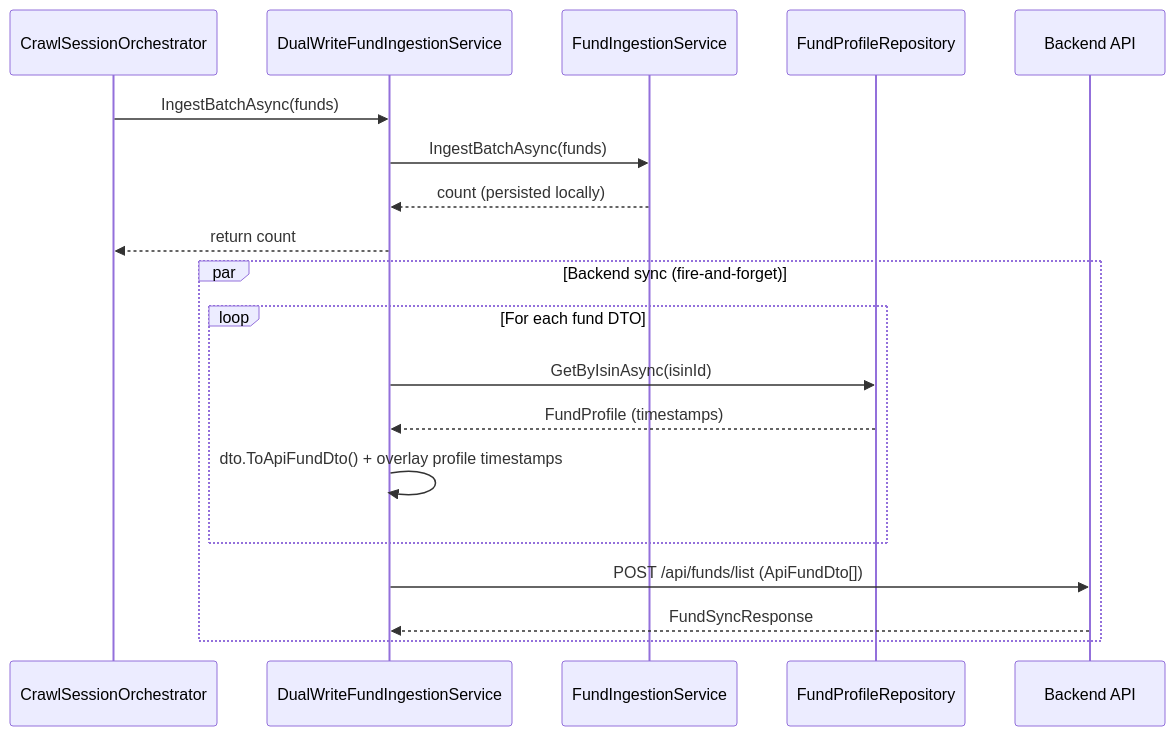
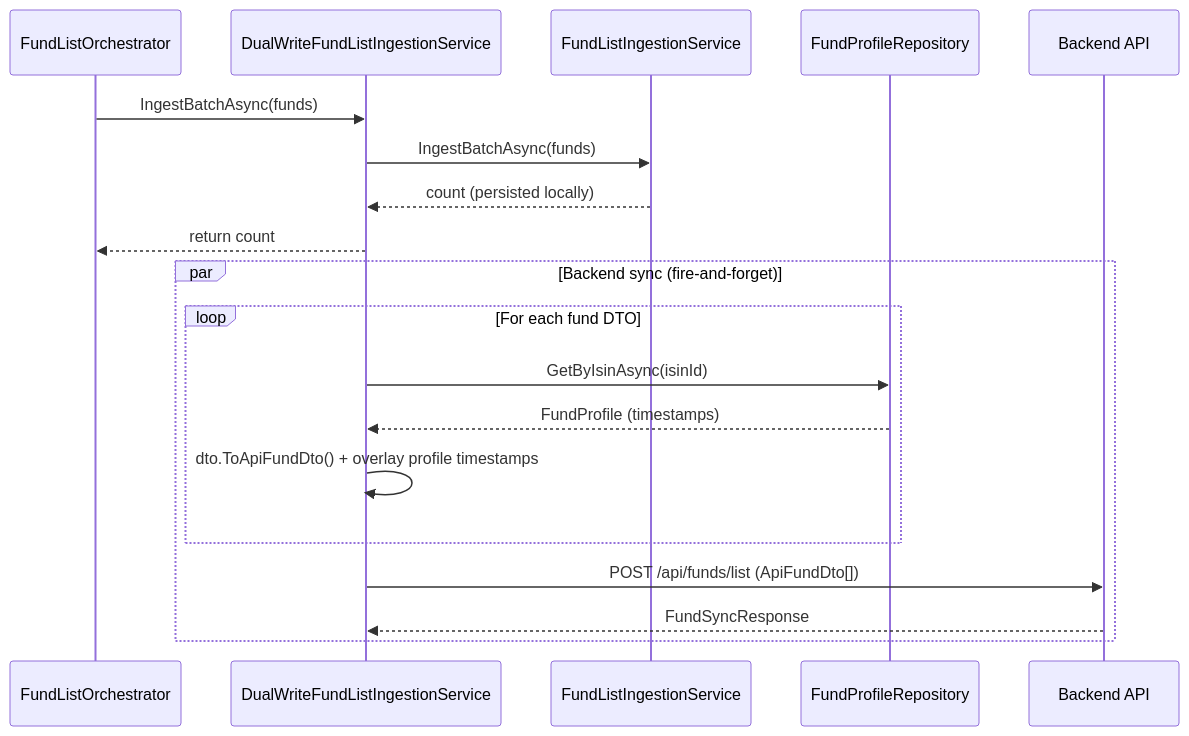
The second of 3 diagrams in YieldRaccoon/docs/CLOUD-SYNC.md (Muhomorik/SemanticKernel-FundDocsQnA-dotnet-nextjs), drawn with Mermaid before and after one commit. The commit also changed other lines of this file and 86 other files, not shown here.

````diff
--- a/YieldRaccoon/docs/CLOUD-SYNC.md
+++ b/YieldRaccoon/docs/CLOUD-SYNC.md
@@ -80,23 +80,23 @@
 ```mermaid
 sequenceDiagram
-    participant CSO as CrawlSessionOrchestrator
-    participant DW as DualWriteFundIngestionService
-    participant SQLite as FundIngestionService
+    participant CSO as FundListOrchestrator
+    participant DW as DualWriteFundListIngestionService
+    participant SQLite as FundListIngestionService
     participant Repo as FundProfileRepository
     participant API as Backend API
 
     CSO->>DW: IngestBatchAsync(funds)
     DW->>SQLite: IngestBatchAsync(funds)
     SQLite-->>DW: count (persisted locally)
     DW-->>CSO: return count
 
     par Backend sync (fire-and-forget)
         loop For each fund DTO
             DW->>Repo: GetByIsinAsync(isinId)
             Repo-->>DW: FundProfile (timestamps)
             DW->>DW: dto.ToApiFundDto() + overlay profile timestamps
         end
         DW->>API: POST /api/funds/list (ApiFundDto[])
         API-->>DW: FundSyncResponse
     end
 ```
````
